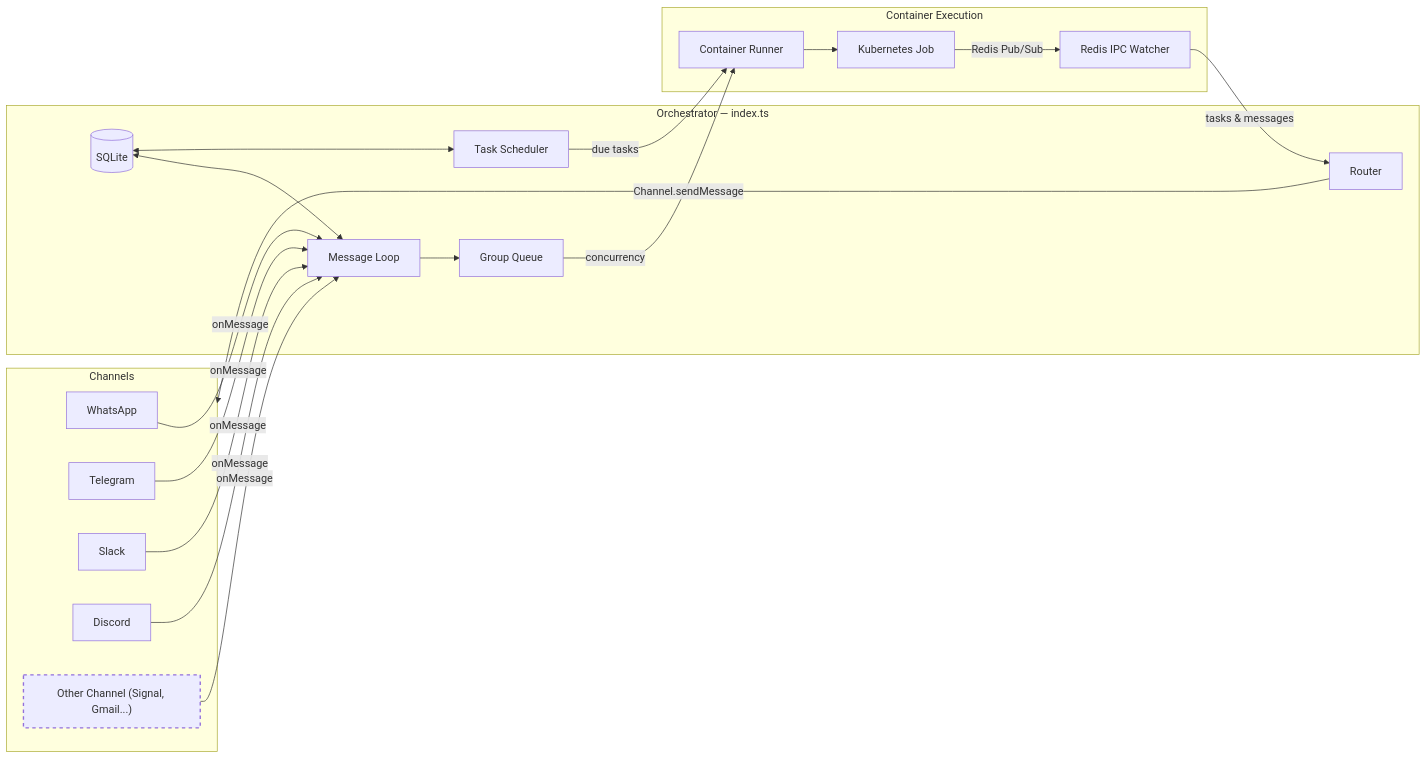
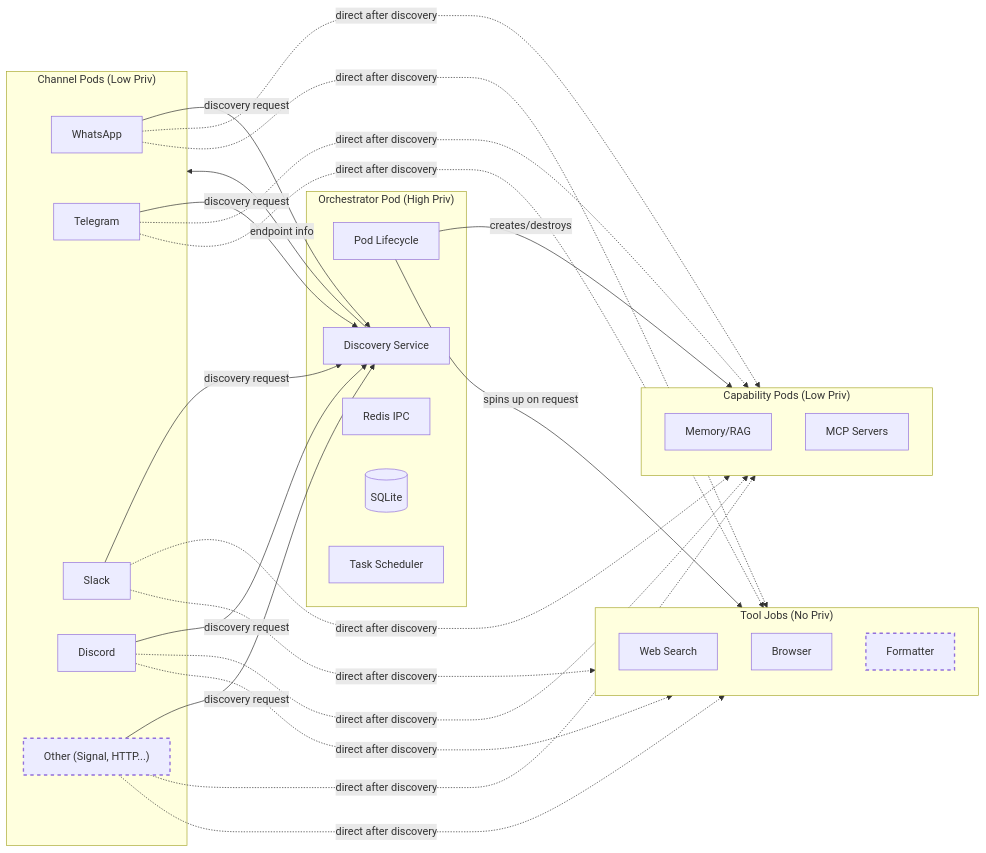
One commit to mrmagooey/kubeclaw changed the diagram in docs/SPEC.md. Above: the diagram before and after it, drawn with Mermaid. The commit also changed other lines of this file and 4 other files, not shown here.

First line of the commit message:
docs: update all architecture docs to four-tier pod model

````diff
--- a/docs/SPEC.md
+++ b/docs/SPEC.md
@@ -88,41 +103,43 @@
 ```mermaid
 graph LR
-    subgraph Channels["Channels"]
+    subgraph Channels["Channel Pods (Low Priv)"]
         WA[WhatsApp]
         TG[Telegram]
         SL[Slack]
         DC[Discord]
-        New["Other Channel (Signal, Gmail...)"]
+        New["Other (Signal, HTTP...)"]
     end
 
-    subgraph Orchestrator["Orchestrator — index.ts"]
-        ML[Message Loop]
-        GQ[Group Queue]
-        RT[Router]
+    subgraph Orchestrator["Orchestrator Pod (High Priv)"]
+        LC[Pod Lifecycle]
+        DS[Discovery Service]
+        IPC[Redis IPC]
+        DB[(SQLite)]
         TS[Task Scheduler]
-        DB[(SQLite)]
     end
 
-    subgraph Execution["Container Execution"]
-        CR[Container Runner]
-        LC["Kubernetes Job"]
-        IPC[Redis IPC Watcher]
+    subgraph Capabilities["Capability Pods (Low Priv)"]
+        MEM[Memory/RAG]
+        MCP[MCP Servers]
     end
 
-    %% Flow
-    WA & TG & SL & DC & New -->|onMessage| ML
-    ML --> GQ
-    GQ -->|concurrency| CR
-    CR --> LC
-    LC -->|Redis Pub/Sub| IPC
-    IPC -->|tasks & messages| RT
-    RT -->|Channel.sendMessage| Channels
-    TS -->|due tasks| CR
+    subgraph Tools["Tool Jobs (No Priv)"]
+        WS[Web Search]
+        BR[Browser]
+        FMT[Formatter]
+    end
 
-    %% DB Connections
-    DB <--> ML
-    DB <--> TS
+    %% Channel ↔ Orchestrator (discovery + lifecycle)
+    WA & TG & SL & DC & New -->|discovery request| DS
+    DS -->|endpoint info| Channels
+    LC -->|creates/destroys| Capabilities
+    LC -->|spins up on request| Tools
 
-    %% Styling for the dynamic channel
+    %% Direct after discovery
+    WA & TG & SL & DC & New -.->|direct after discovery| Capabilities
+    WA & TG & SL & DC & New -.->|direct after discovery| Tools
+
+    %% Styling
     style New stroke-dasharray: 5 5,stroke-width:2px
+    style FMT stroke-dasharray: 5 5,stroke-width:2px
 ```
````
